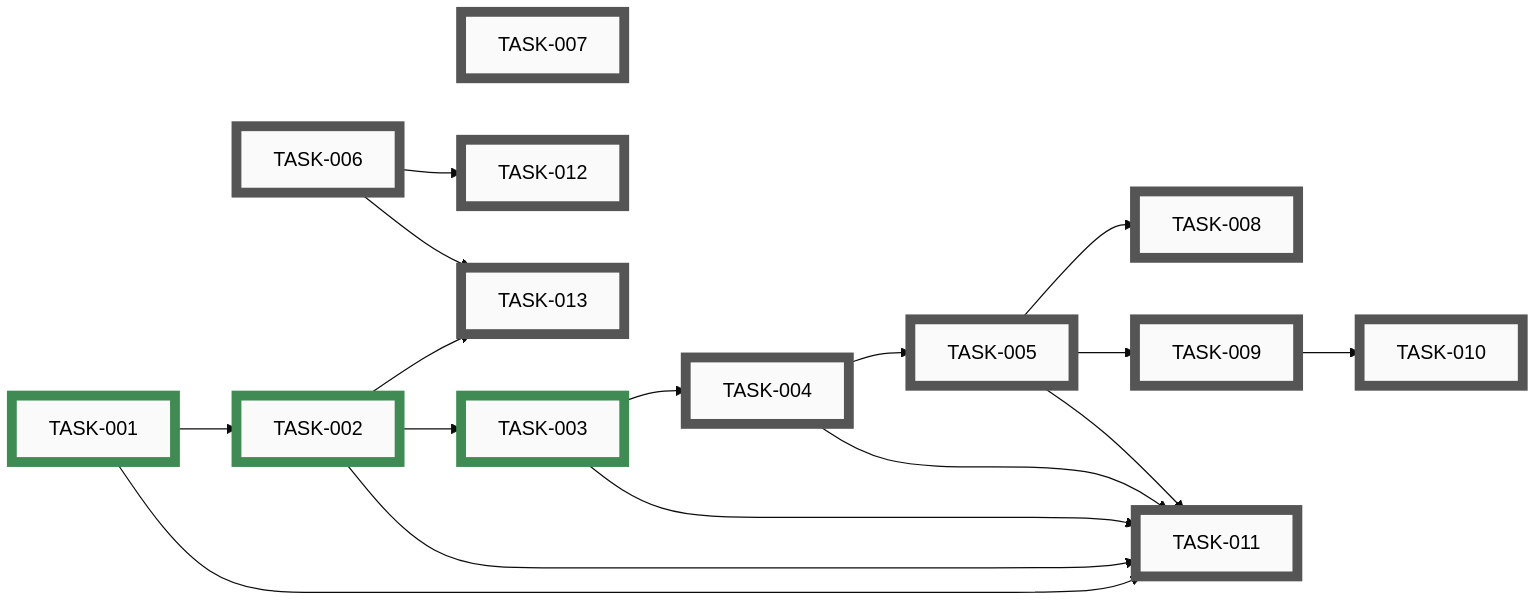
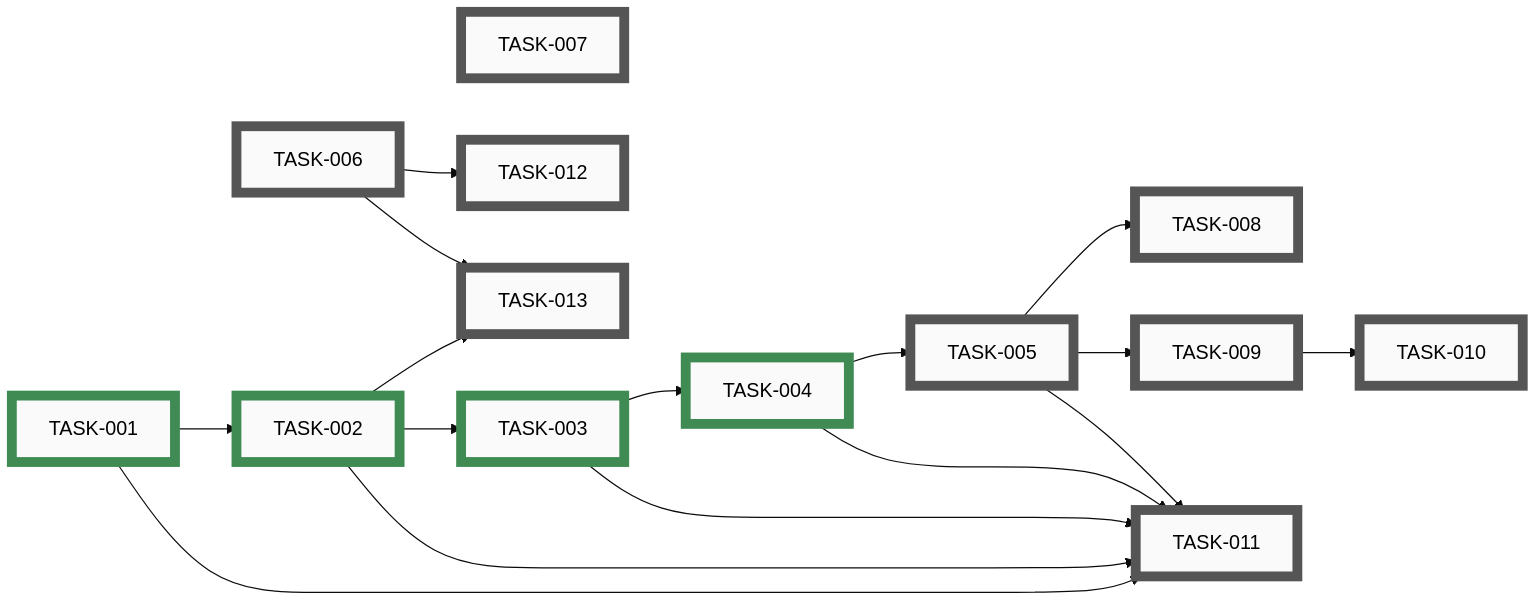
One commit to tgd1975/PartsLedger changed the diagram in docs/developers/tasks/EPICS.md. Above: the diagram before and after it, drawn with Mermaid (base theme). The commit also changed other lines of this file and 5 other files, not shown here.

First line of the commit message:
close TASK-004: Upgrade /commit skill and commit-pathspec.sh

````diff
--- a/docs/developers/tasks/EPICS.md
+++ b/docs/developers/tasks/EPICS.md
@@ -21,53 +21,53 @@
 ```mermaid
 graph LR
-    TASK_004["TASK-004"]:::open
     TASK_005["TASK-005"]:::open
     TASK_006["TASK-006"]:::open
     TASK_007["TASK-007"]:::open
     TASK_008["TASK-008"]:::open
     TASK_009["TASK-009"]:::open
     TASK_010["TASK-010"]:::open
     TASK_011["TASK-011"]:::open
     TASK_012["TASK-012"]:::open
     TASK_013["TASK-013"]:::open
     TASK_001["TASK-001"]:::closed
     TASK_002["TASK-002"]:::closed
     TASK_003["TASK-003"]:::closed
-    TASK_003 --> TASK_004
+    TASK_004["TASK-004"]:::closed
     TASK_004 --> TASK_005
     TASK_005 --> TASK_008
     TASK_005 --> TASK_009
     TASK_009 --> TASK_010
     TASK_001 --> TASK_011
     TASK_002 --> TASK_011
     TASK_003 --> TASK_011
     TASK_004 --> TASK_011
     TASK_005 --> TASK_011
     TASK_006 --> TASK_012
     TASK_002 --> TASK_013
     TASK_006 --> TASK_013
     TASK_001 --> TASK_002
     TASK_002 --> TASK_003
+    TASK_003 --> TASK_004
     TASK_001 ~~~ TASK_006 ~~~ TASK_007
-    click TASK_004 "open/task-004-upgrade-commit-skill.md"
     click TASK_005 "open/task-005-settings-json.md"
     click TASK_006 "open/task-006-docs-verbatim-port.md"
     click TASK_007 "open/task-007-architecture-doc.md"
     click TASK_008 "open/task-008-security-review-hooks.md"
     click TASK_009 "open/task-009-codeowner-mechanism.md"
     click TASK_010 "open/task-010-codeowner-starter-skills.md"
     click TASK_011 "open/task-011-claude-md-rewrite.md"
     click TASK_012 "open/task-012-epic-run-and-autonomy.md"
     click TASK_013 "open/task-013-apply-branch-protection.md"
     click TASK_001 "closed/task-001-delete-sync-layer.md"
     click TASK_002 "closed/task-002-python-skeleton.md"
     click TASK_003 "closed/task-003-replace-pre-commit.md"
+    click TASK_004 "closed/task-004-upgrade-commit-skill.md"
     classDef open    fill:#FAFAFA,stroke:#555,stroke-width:8px,color:#000
     classDef active  fill:#FAFAFA,stroke:#1A6FA8,stroke-width:8px,color:#000
     classDef closed  fill:#FAFAFA,stroke:#3F8B53,stroke-width:8px,color:#000
     classDef paused  fill:#FAFAFA,stroke:#B07810,stroke-width:8px,color:#000
     classDef openExt    fill:#000,stroke:#888,stroke-width:8px,color:#FFF
     classDef activeExt  fill:#000,stroke:#3FA9F5,stroke-width:8px,color:#FFF
     classDef closedExt  fill:#000,stroke:#7CC68A,stroke-width:8px,color:#FFF
     classDef pausedExt  fill:#000,stroke:#F0B030,stroke-width:8px,color:#FFF
 ```
````
